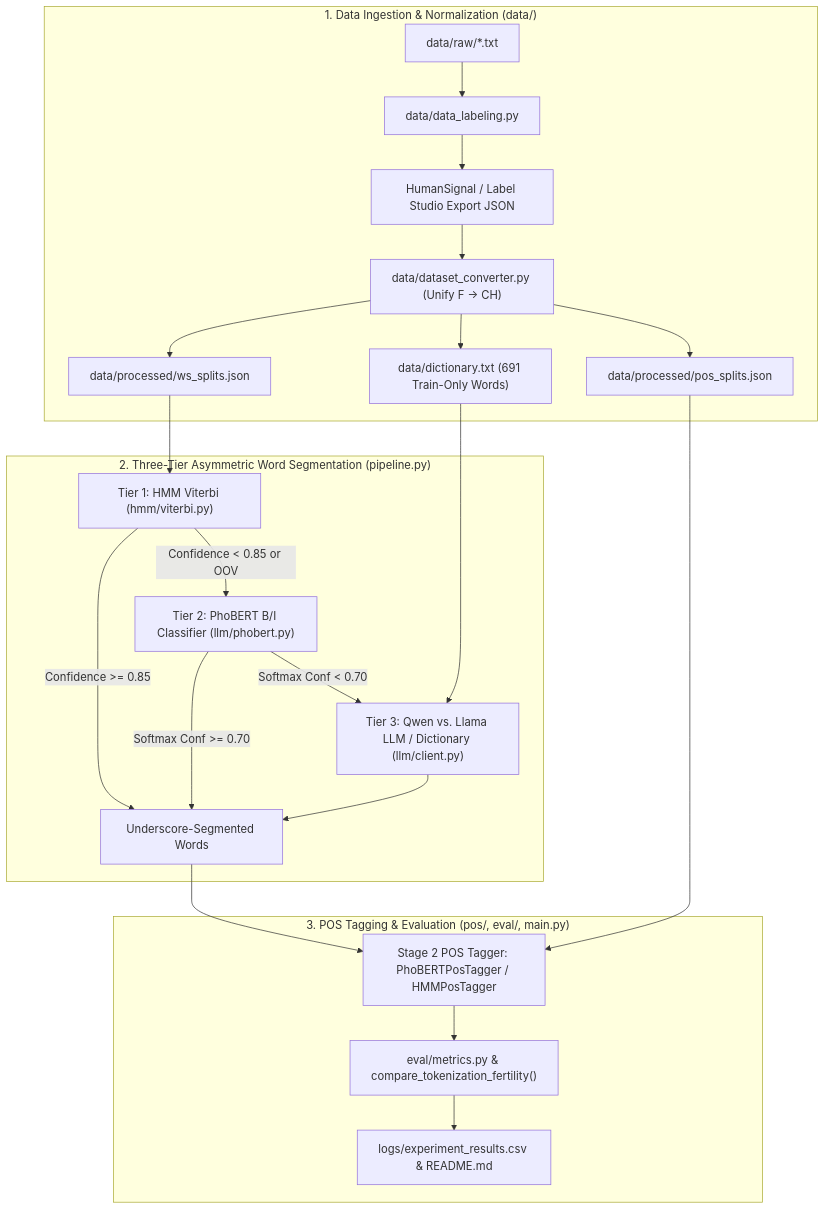
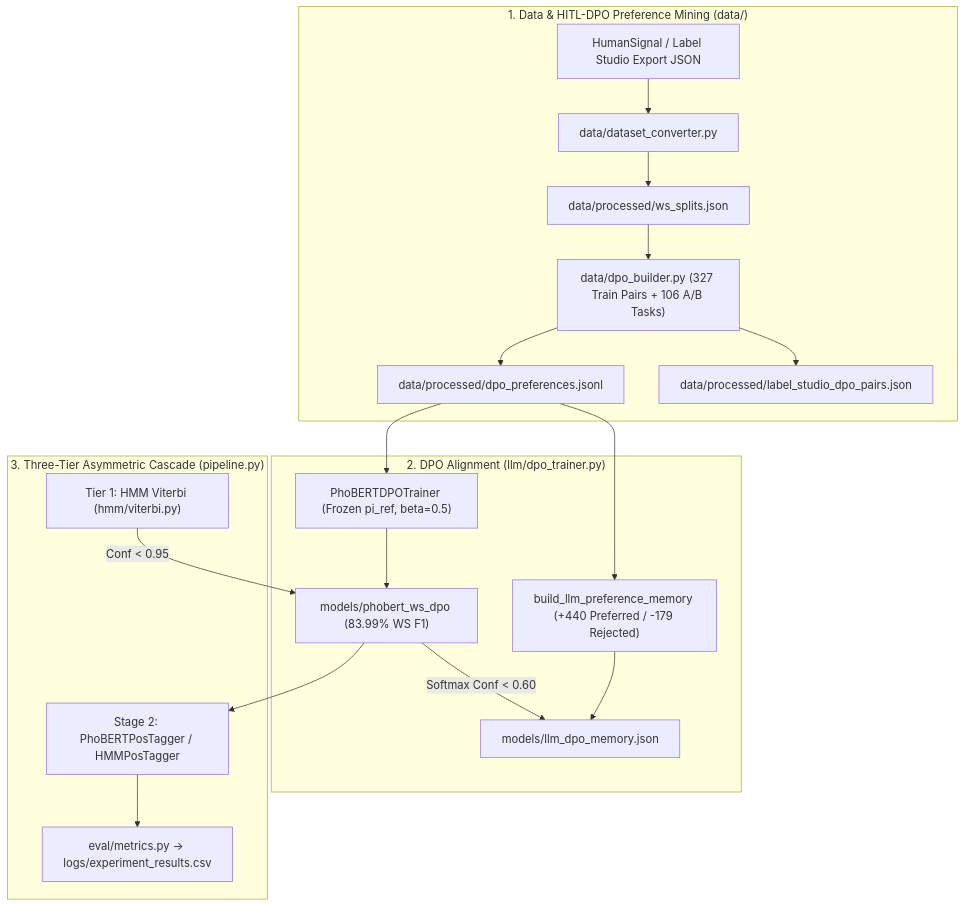
The diagram in README.md (Janehuynh1411/vietnamese-word-seg), drawn with Mermaid before and after one commit. The commit also changed other lines of this file and 8 other files, not shown here.

Commit message:
feat: implement HITL-DPO preference mining, PhoBERT DPO trainer, and 11-model benchmark

````diff
--- a/README.md
+++ b/README.md
@@ -80,28 +77,24 @@
 ```mermaid
 flowchart TD
-    subgraph dataLayer ["1. Data Ingestion & Normalization (data/)"]
-        rawTxt["data/raw/*.txt"] --> labelBatch["data/data_labeling.py"]
-        labelBatch --> humanSignal["HumanSignal / Label Studio Export JSON"]
-        humanSignal --> converter["data/dataset_converter.py (Unify F -> CH)"]
+    subgraph dataLayer ["1. Data & HITL-DPO Preference Mining (data/)"]
+        humanSignal["HumanSignal / Label Studio Export JSON"] --> converter["data/dataset_converter.py"]
         converter --> wsSplits["data/processed/ws_splits.json"]
-        converter --> posSplits["data/processed/pos_splits.json"]
-        converter --> dictTxt["data/dictionary.txt (691 Train-Only Words)"]
+        wsSplits --> dpoBuilder["data/dpo_builder.py (327 Train Pairs + 106 A/B Tasks)"]
+        dpoBuilder --> dpoPairs["data/processed/dpo_preferences.jsonl"]
+        dpoBuilder --> lsAB["data/processed/label_studio_dpo_pairs.json"]
     end
 
-    subgraph cascadeLayer ["2. Three-Tier Asymmetric Word Segmentation (pipeline.py)"]
-        wsSplits --> tier1["Tier 1: HMM Viterbi (hmm/viterbi.py)"]
-        tier1 -->|"Confidence >= 0.85"| segOut["Underscore-Segmented Words"]
-        tier1 -->|"Confidence < 0.85 or OOV"| tier2["Tier 2: PhoBERT B/I Classifier (llm/phobert.py)"]
-        tier2 -->|"Softmax Conf >= 0.70"| segOut
-        tier2 -->|"Softmax Conf < 0.70"| tier3["Tier 3: Qwen vs. Llama LLM / Dictionary (llm/client.py)"]
-        dictTxt --> tier3
-        tier3 --> segOut
+    subgraph dpoLayer ["2. DPO Alignment (llm/dpo_trainer.py)"]
+        dpoPairs --> pbDpo["PhoBERTDPOTrainer (Frozen pi_ref, beta=0.5)"]
+        dpoPairs --> llmMem["build_llm_preference_memory (+440 Preferred / -179 Rejected)"]
+        pbDpo --> pbDpoCkpt["models/phobert_ws_dpo (83.99% WS F1)"]
+        llmMem --> llmMemJson["models/llm_dpo_memory.json"]
     end
 
-    subgraph posAndEval ["3. POS Tagging & Evaluation (pos/, eval/, main.py)"]
-        segOut --> posTagger["Stage 2 POS Tagger: PhoBERTPosTagger / HMMPosTagger"]
-        posSplits --> posTagger
-        posTagger --> evalMod["eval/metrics.py & compare_tokenization_fertility()"]
-        evalMod --> csvOut["logs/experiment_results.csv & README.md"]
+    subgraph cascadeLayer ["3. Three-Tier Asymmetric Cascade (pipeline.py)"]
+        tier1["Tier 1: HMM Viterbi (hmm/viterbi.py)"] -->|"Conf < 0.95"| pbDpoCkpt
+        pbDpoCkpt -->|"Softmax Conf < 0.60"| llmMemJson
+        pbDpoCkpt --> posStage["Stage 2: PhoBERTPosTagger / HMMPosTagger"]
+        posStage --> evalOut["eval/metrics.py -> logs/experiment_results.csv"]
     end
 ```
````
